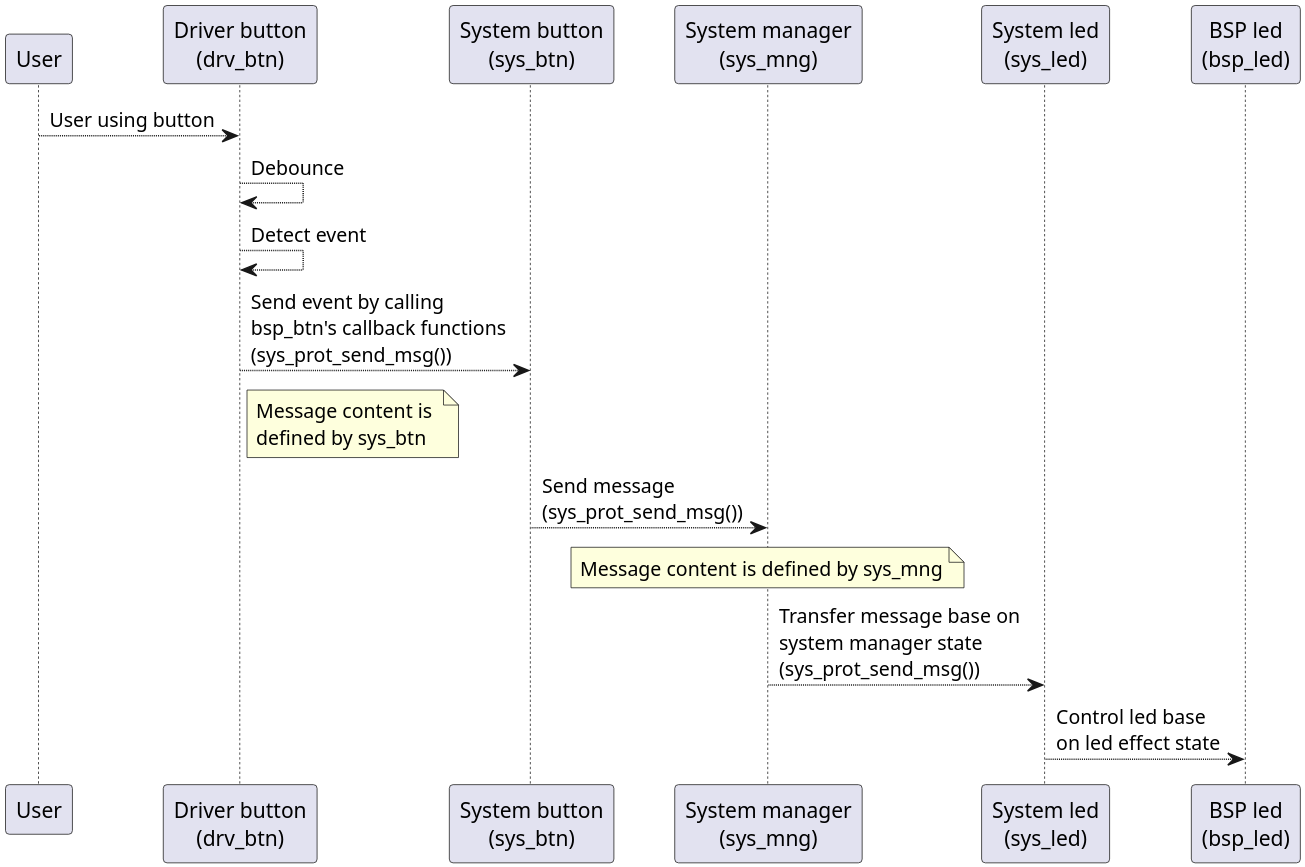
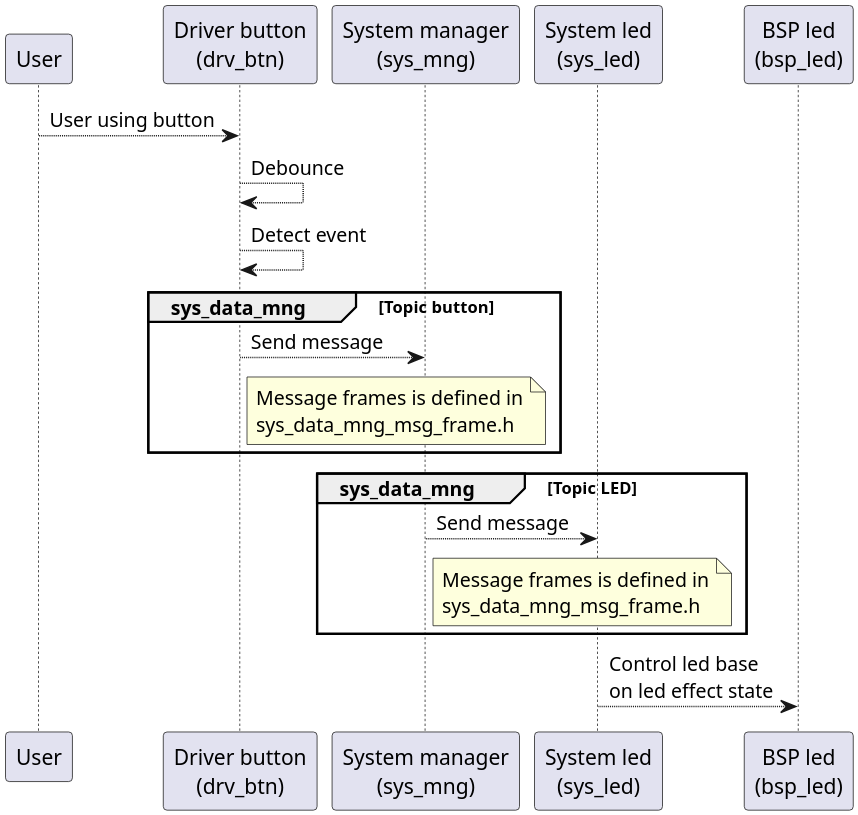
The diagram in docs/sequence_diagram_user_btn.wsd (minh2002sn/led_control), drawn with PlantUML before and after one commit. The commit also changed 7 other files, not shown here.

Commit message:
update(docs): Update plantuml files and output images

```diff
--- a/docs/sequence_diagram_user_btn.wsd
+++ b/docs/sequence_diagram_user_btn.wsd
@@ -1,33 +1,35 @@
 @startuml
 
 participant USER as "User"
 participant DRV_BTN as "Driver button\n(drv_btn)"
-participant SYS_BTN as "System button\n(sys_btn)"
 participant SYS_MNG as "System manager\n(sys_mng)"
 participant SYS_LED as "System led\n(sys_led)"
 participant BSP_LED as "BSP led\n(bsp_led)"
 
 skinparam dpi 300
 
 USER    --> DRV_BTN: User using button
 
 DRV_BTN --> DRV_BTN: Debounce
 
 DRV_BTN --> DRV_BTN: Detect event
 
-DRV_BTN --> SYS_BTN: Send event by calling\nbsp_btn's callback functions\n(sys_prot_send_msg())
-note right of DRV_BTN
-  Message content is 
-  defined by sys_btn
-end note
+group sys_data_mng [Topic button]
+  DRV_BTN --> SYS_MNG: Send message
+  note right of DRV_BTN
+    Message frames is defined in
+    sys_data_mng_msg_frame.h
+  end note
+end
 
-SYS_BTN --> SYS_MNG: Send message\n(sys_prot_send_msg())
-note over of SYS_MNG
-  Message content is defined by sys_mng
-end note
-
-SYS_MNG --> SYS_LED: Transfer message base on\nsystem manager state\n(sys_prot_send_msg())
+group sys_data_mng [Topic LED]
+  SYS_MNG --> SYS_LED: Send message
+  note right of SYS_MNG
+    Message frames is defined in
+    sys_data_mng_msg_frame.h
+  end note
+end
 
 SYS_LED --> BSP_LED: Control led base\non led effect state
 
 @enduml
```
